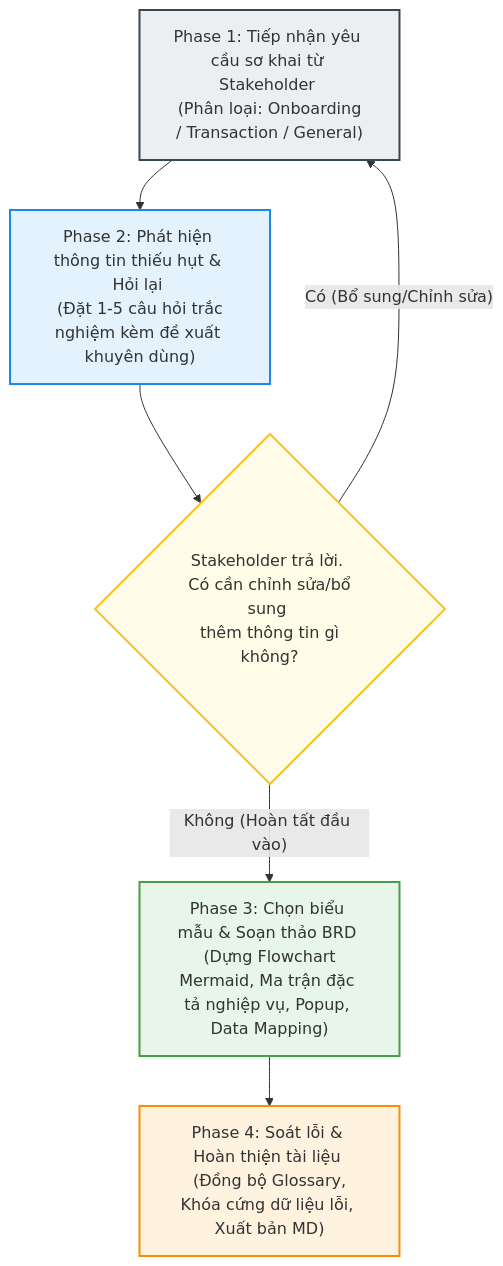
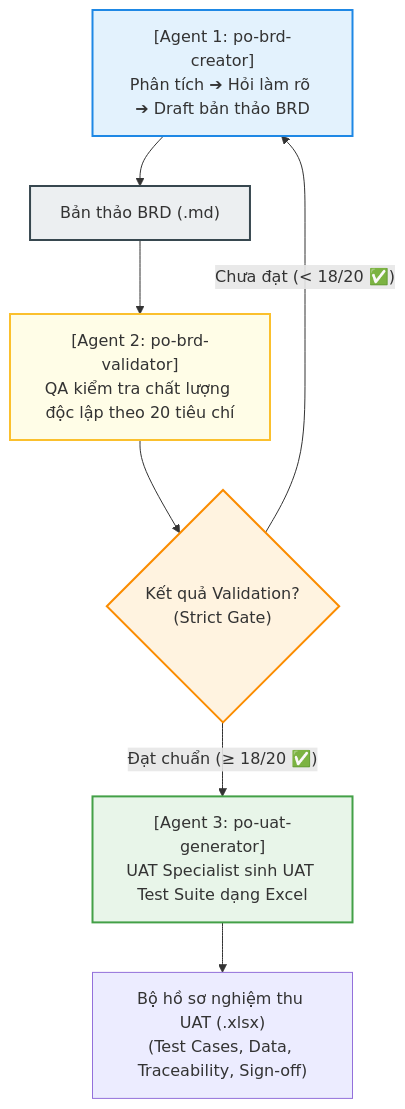
The diagram in README.md (jacksparrbin/AI-Agents-BRD-), drawn with Mermaid before and after one commit. The commit also changed other lines of this file, not shown here.

Commit message:
docs: update README.md with 3-Agent pipeline and Release Notes

````diff
--- a/README.md
+++ b/README.md
@@ -58,20 +63,22 @@
 ```mermaid
 graph TD
     %% Khởi tạo Styles
-    style A fill:#ECEFF1,stroke:#37474F,stroke-width:2px;
-    style B fill:#E3F2FD,stroke:#1E88E5,stroke-width:2px;
-    style C fill:#FFFDE7,stroke:#FBC02D,stroke-width:2px;
+    style A fill:#E3F2FD,stroke:#1E88E5,stroke-width:2px;
+    style B fill:#FFFDE7,stroke:#FBC02D,stroke-width:2px;
+    style C fill:#FFF3E0,stroke:#FB8C00,stroke-width:2px;
     style D fill:#E8F5E9,stroke:#43A047,stroke-width:2px;
-    style E fill:#FFF3E0,stroke:#FB8C00,stroke-width:2px;
+    style E fill:#ECEFF1,stroke:#37474F,stroke-width:2px;
 
-    A["Phase 1: Tiếp nhận yêu cầu sơ khai từ Stakeholder <br> (Phân loại: Onboarding / Transaction / General)"] 
-    --> B["Phase 2: Phát hiện thông tin thiếu hụt & Hỏi lại <br> (Đặt 1-5 câu hỏi trắc nghiệm kèm đề xuất khuyên dùng)"]
+    A["[Agent 1: po-brd-creator]<br/>Phân tích ➔ Hỏi làm rõ ➔ Draft bản thảo BRD"] 
+    --> E["Bản thảo BRD (.md)"]
     
-    B --> C{"Stakeholder trả lời. <br> Có cần chỉnh sửa/bổ sung <br> thêm thông tin gì không?"}
+    E --> B["[Agent 2: po-brd-validator]<br/>QA kiểm tra chất lượng độc lập theo 20 tiêu chí"]
     
-    C -- "Có (Bổ sung/Chỉnh sửa)" --> A
+    B --> C{"Kết quả Validation?<br/>(Strict Gate)"}
     
-    C -- "Không (Hoàn tất đầu vào)" --> D["Phase 3: Chọn biểu mẫu & Soạn thảo BRD <br> (Dựng Flowchart Mermaid, Ma trận đặc tả nghiệp vụ, Popup, Data Mapping)"]
+    C -- "Chưa đạt (< 18/20 ✅)" --> A
     
-    D --> E["Phase 4: Soát lỗi & Hoàn thiện tài liệu <br> (Đồng bộ Glossary, Khóa cứng dữ liệu lỗi, Xuất bản MD)"]
+    C -- "Đạt chuẩn (≥ 18/20 ✅)" --> D["[Agent 3: po-uat-generator]<br/>UAT Specialist sinh UAT Test Suite dạng Excel"]
+    
+    D --> F["Bộ hồ sơ nghiệm thu UAT (.xlsx)<br/>(Test Cases, Data, Traceability, Sign-off)"]
 ```
````
